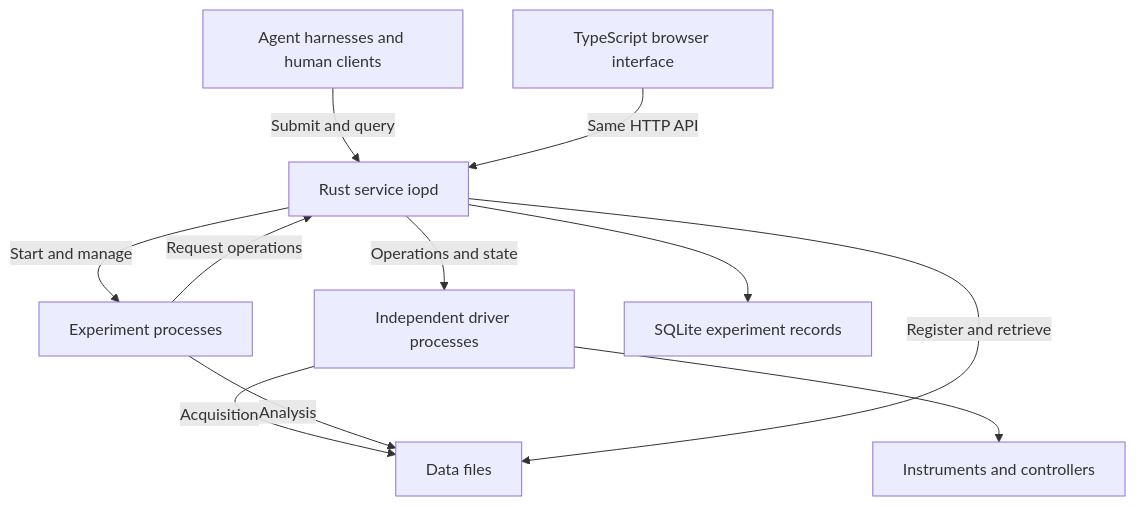
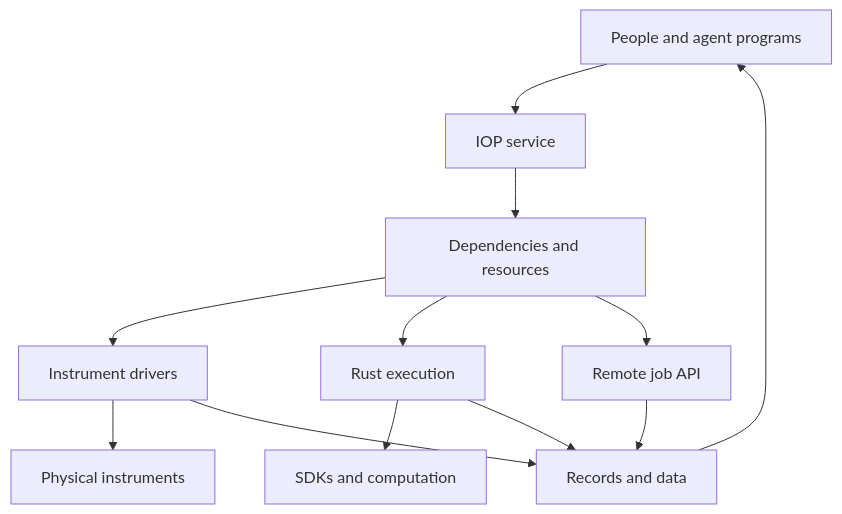
The diagram in docs/runtime/architecture.md (Cherish0925/AI4Instruments), drawn with Mermaid before and after one commit. The commit also changed other lines of this file and 56 other files, not shown here.

First line of the commit message:
Release IOP 0.5.0: general program execution, resource scheduling and continuous experiments

````diff
--- a/docs/runtime/architecture.md
+++ b/docs/runtime/architecture.md
@@ -17,13 +18,14 @@
 ```mermaid
 flowchart TB
-    H[Agent harnesses and human clients] -->|Submit and query| D[Rust service iopd]
-    U[TypeScript browser interface] -->|Same HTTP API| D
-    D -->|Start and manage| P[Experiment processes]
-    P -->|Request operations| D
-    D -->|Operations and state| W[Independent driver processes]
-    W --> I[Instruments and controllers]
-    D --> Q[SQLite experiment records]
-    W -->|Acquisition| F[Data files]
-    P -->|Analysis| F
-    D -->|Register and retrieve| F
+    C[People and agent programs] --> S[IOP service]
+    S --> D[Dependencies and resources]
+    D --> W[Instrument drivers]
+    D --> E[Rust execution]
+    D --> H[Remote job API]
+    W --> I[Physical instruments]
+    E --> P[SDKs and computation]
+    W --> R[Records and data]
+    E --> R
+    H --> R
+    R --> C
 ```
````
